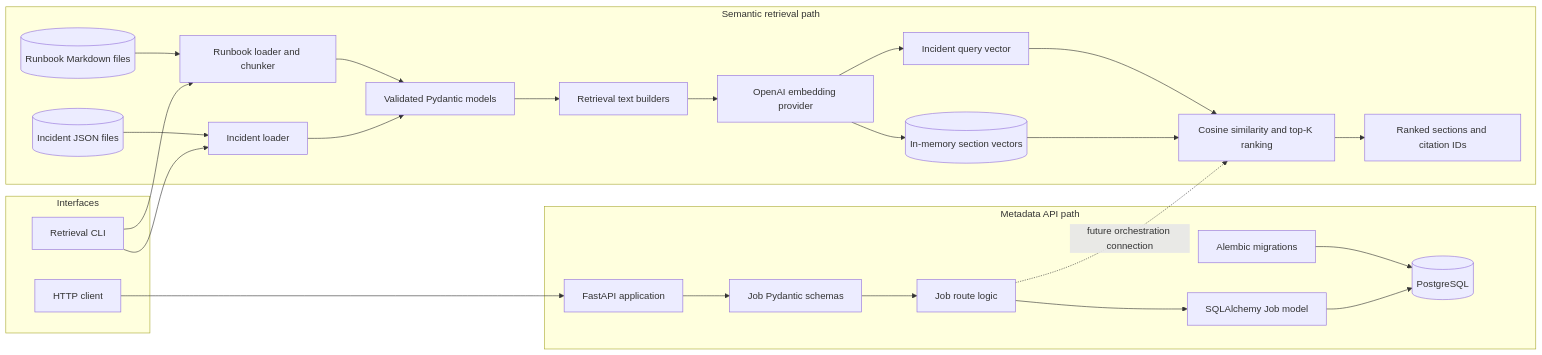
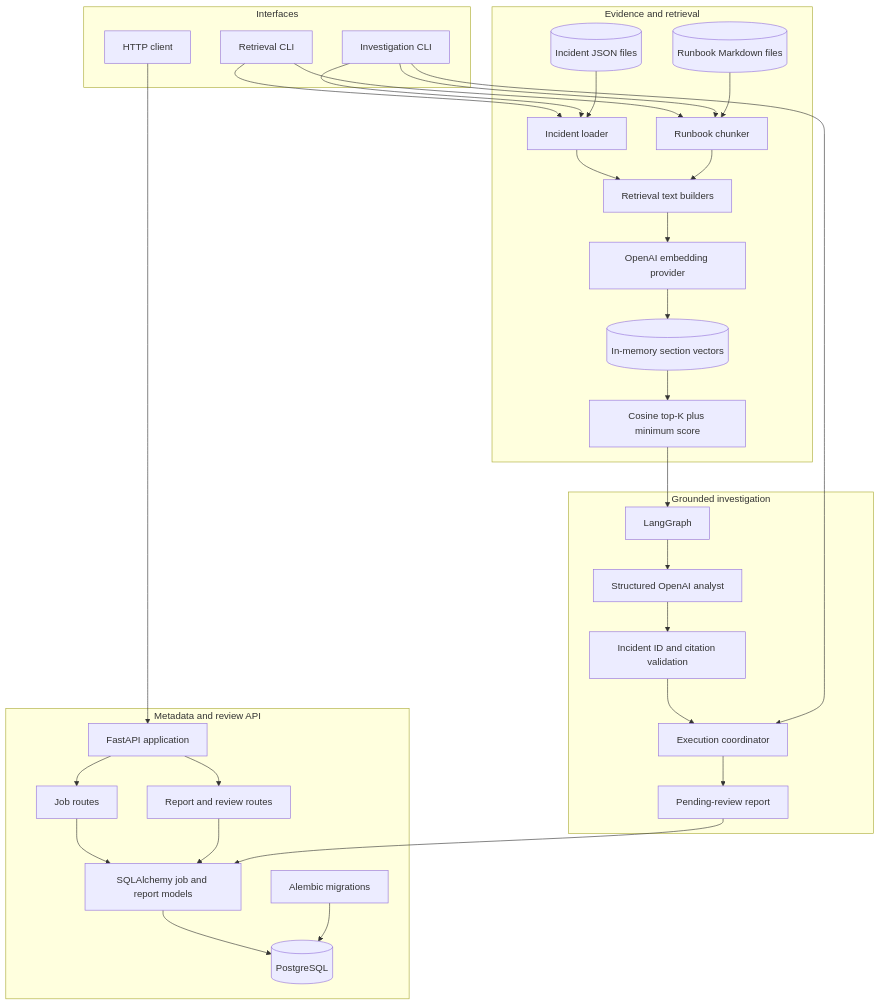
One commit to shreyas671/RootPilot changed the first of 7 diagrams in README.md. Above: the diagram before and after it, drawn with Mermaid. The commit also changed other lines of this file and 8 other files, not shown here.

````diff
--- a/README.md
+++ b/README.md
@@ -176,53 +181,63 @@
 ```mermaid
-flowchart LR
+flowchart TD
     subgraph Interfaces[Interfaces]
         HTTP[HTTP client]
-        CLI[Retrieval CLI]
+        RCLI[Retrieval CLI]
+        ICLI[Investigation CLI]
     end
 
-    subgraph Metadata[Metadata API path]
+    subgraph Metadata[Metadata and review API]
         API[FastAPI application]
-        JOBSCHEMA[Job Pydantic schemas]
-        JOBAPI[Job route logic]
-        ORM[SQLAlchemy Job model]
+        JOBAPI[Job routes]
+        REPORTAPI[Report and review routes]
+        ORM[SQLAlchemy job and report models]
         DB[(PostgreSQL)]
         MIG[Alembic migrations]
     end
 
-    subgraph Retrieval[Semantic retrieval path]
+    subgraph Evidence[Evidence and retrieval]
         IFIX[(Incident JSON files)]
         RFILES[(Runbook Markdown files)]
         ILOAD[Incident loader]
-        RLOAD[Runbook loader and chunker]
-        MODELS[Validated Pydantic models]
+        RLOAD[Runbook chunker]
         TEXT[Retrieval text builders]
         EMBED[OpenAI embedding provider]
         MEMORY[(In-memory section vectors)]
-        QUERYVECTOR[Incident query vector]
-        COS[Cosine similarity and top-K ranking]
-        RESULTS[Ranked sections and citation IDs]
+        COS[Cosine top-K plus minimum score]
+    end
+
+    subgraph Investigation[Grounded investigation]
+        GRAPH[LangGraph]
+        ANALYST[Structured OpenAI analyst]
+        VALIDATE[Incident ID and citation validation]
+        EXEC[Execution coordinator]
+        REPORT[Pending-review report]
     end
 
     HTTP --> API
-    API --> JOBSCHEMA
-    JOBSCHEMA --> JOBAPI
+    API --> JOBAPI
+    API --> REPORTAPI
     JOBAPI --> ORM
+    REPORTAPI --> ORM
     ORM --> DB
     MIG --> DB
 
-    CLI --> ILOAD
-    CLI --> RLOAD
+    RCLI --> ILOAD
+    RCLI --> RLOAD
+    ICLI --> ILOAD
+    ICLI --> RLOAD
     IFIX --> ILOAD
     RFILES --> RLOAD
-    ILOAD --> MODELS
-    RLOAD --> MODELS
-    MODELS --> TEXT
+    ILOAD --> TEXT
+    RLOAD --> TEXT
     TEXT --> EMBED
     EMBED --> MEMORY
-    EMBED --> QUERYVECTOR
     MEMORY --> COS
-    QUERYVECTOR --> COS
-    COS --> RESULTS
-
-    JOBAPI -. future orchestration connection .-> COS
+    COS --> GRAPH
+    GRAPH --> ANALYST
+    ANALYST --> VALIDATE
+    VALIDATE --> EXEC
+    ICLI --> EXEC
+    EXEC --> REPORT
+    REPORT --> ORM
 ```
````
